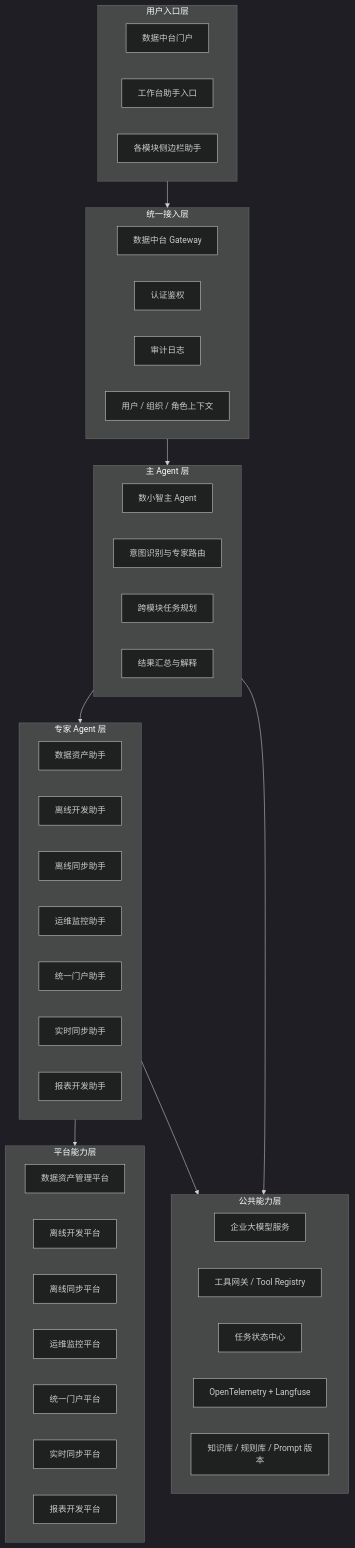
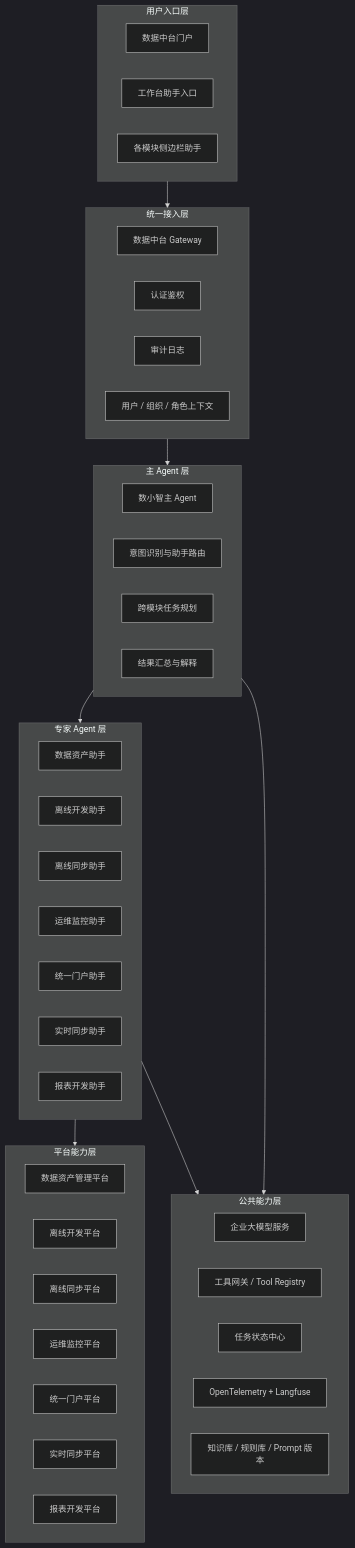
One commit to ShaneLiu001/dataasset changed the second of 3 diagrams in 数据资产助手/02-数小智整体架构.md. Above: the diagram before and after it, drawn with Mermaid (dark theme). The commit also changed other lines of this file and 60 other files, not shown here.

````diff
--- a/数据资产助手/02-数小智整体架构.md
+++ b/数据资产助手/02-数小智整体架构.md
@@ -40,57 +40,57 @@
 ```mermaid
 flowchart TB
   subgraph L1[用户入口层]
     U1[数据中台门户]
     U2[工作台助手入口]
     U3[各模块侧边栏助手]
   end
 
   subgraph L2[统一接入层]
     GW[数据中台 Gateway]
     Auth[认证鉴权]
     Audit[审计日志]
     Ctx[用户 / 组织 / 角色上下文]
   end
 
   subgraph L3[主 Agent 层]
     Main[数小智主 Agent]
-    Router[意图识别与专家路由]
+    Router[意图识别与助手路由]
     Planner[跨模块任务规划]
     Aggregator[结果汇总与解释]
   end
 
   subgraph L4[专家 Agent 层]
     A1[数据资产助手]
     A2[离线开发助手]
     A3[离线同步助手]
     A4[运维监控助手]
     A5[统一门户助手]
     A6[实时同步助手]
     A7[报表开发助手]
   end
 
   subgraph L5[平台能力层]
     P1[数据资产管理平台]
     P2[离线开发平台]
     P3[离线同步平台]
     P4[运维监控平台]
     P5[统一门户平台]
     P6[实时同步平台]
     P7[报表开发平台]
   end
 
   subgraph L6[公共能力层]
     Model[企业大模型服务]
     Tool[工具网关 / Tool Registry]
     State[任务状态中心]
     Obs[OpenTelemetry + Langfuse]
     Knowledge[知识库 / 规则库 / Prompt 版本]
   end
 
   L1 --> L2
   L2 --> L3
   L3 --> L4
   L4 --> L5
   L3 --> L6
   L4 --> L6
 ```
````
